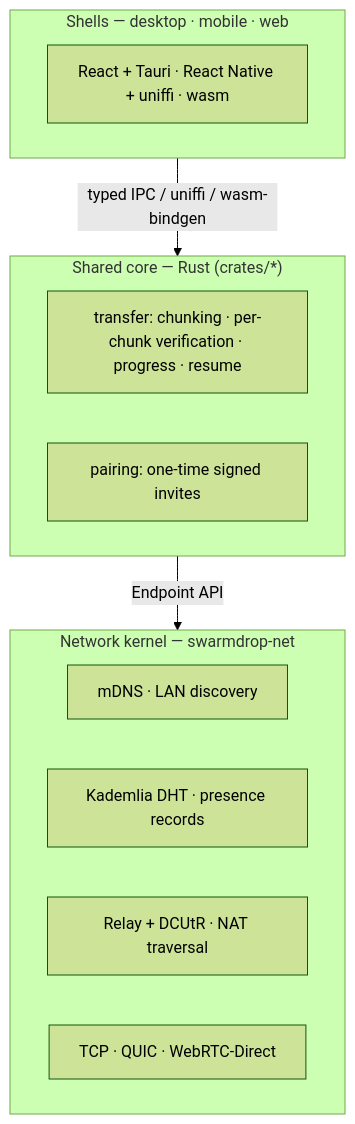
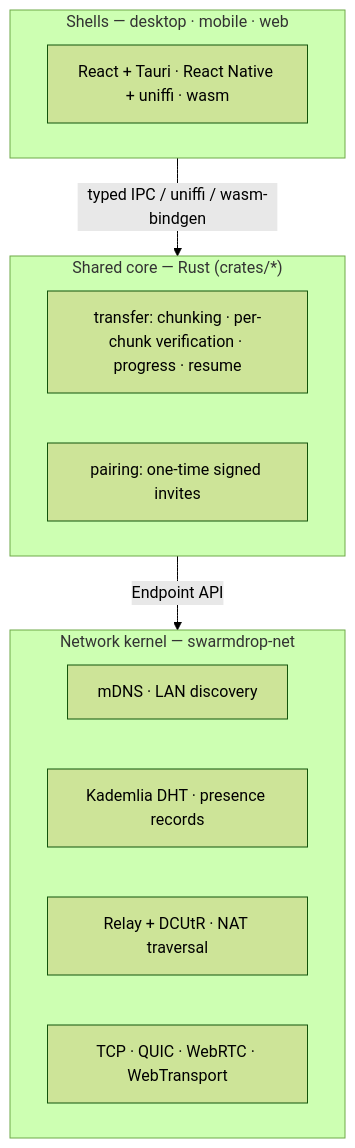
The diagram in README.md (swarm-apps/SwarmDrop), drawn with Mermaid (forest theme) before and after one commit. The commit also changed other lines of this file and 2 other files, not shown here.

First line of the commit message:
docs: README 与官网首页对齐当前状态——三端、WebTransport、打磨期

````diff
--- a/README.md
+++ b/README.md
@@ -96,18 +108,18 @@
 ```mermaid
 graph TB
     subgraph Shells["Shells — desktop · mobile · web"]
         A["React + Tauri · React Native + uniffi · wasm"]
     end
     subgraph Core["Shared core — Rust (crates/*)"]
         B["transfer: chunking · per-chunk verification · progress · resume"]
         G["pairing: one-time signed invites"]
     end
     subgraph Net["Network kernel — swarmdrop-net"]
         D["mDNS · LAN discovery"]
         E["Kademlia DHT · presence records"]
         F["Relay + DCUtR · NAT traversal"]
-        H["TCP · QUIC · WebRTC-Direct"]
+        H["TCP · QUIC · WebRTC · WebTransport"]
     end
     Shells -- "typed IPC / uniffi / wasm-bindgen" --> Core
     Core -- "Endpoint API" --> Net
 ```
````
